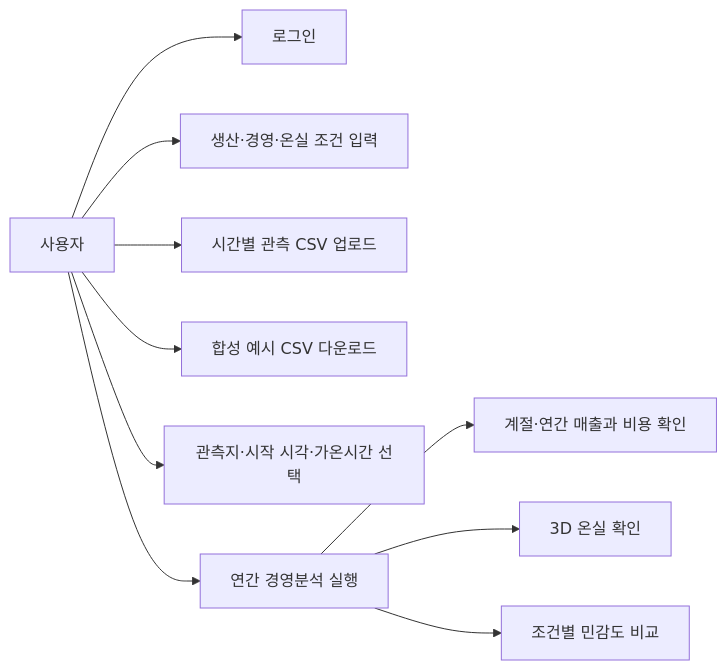
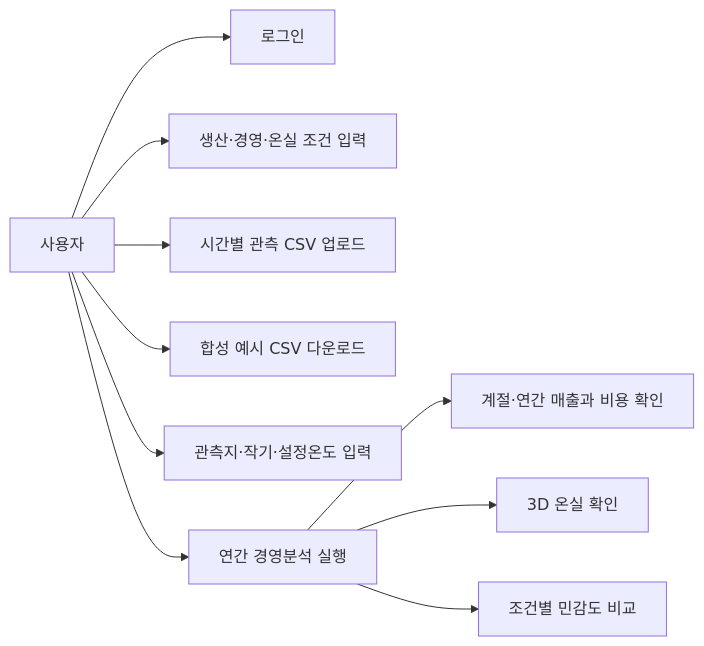
Before and after one commit to kuk-jong/fig-heating-decision-app: the first of 5 diagrams in releases/v0.5/docs/APP_BLUEPRINT.md, drawn with Mermaid. The commit also changed other lines of this file and 13 other files, not shown here.

````diff
--- a/releases/v0.5/docs/APP_BLUEPRINT.md
+++ b/releases/v0.5/docs/APP_BLUEPRINT.md
@@ -47,12 +47,12 @@
 ```mermaid
 flowchart LR
     user["사용자"] --> login["로그인"]
     user --> inputFarm["생산·경영·온실 조건 입력"]
     user --> uploadCsv["시간별 관측 CSV 업로드"]
     user --> sample["합성 예시 CSV 다운로드"]
-    user --> schedule["관측지·시작 시각·가온시간 선택"]
+    user --> schedule["관측지·작기·설정온도 입력"]
     user --> analyze["연간 경영분석 실행"]
     analyze --> income["계절·연간 매출과 비용 확인"]
     analyze --> view["3D 온실 확인"]
     analyze --> sensitivity["조건별 민감도 비교"]
 ```
````
